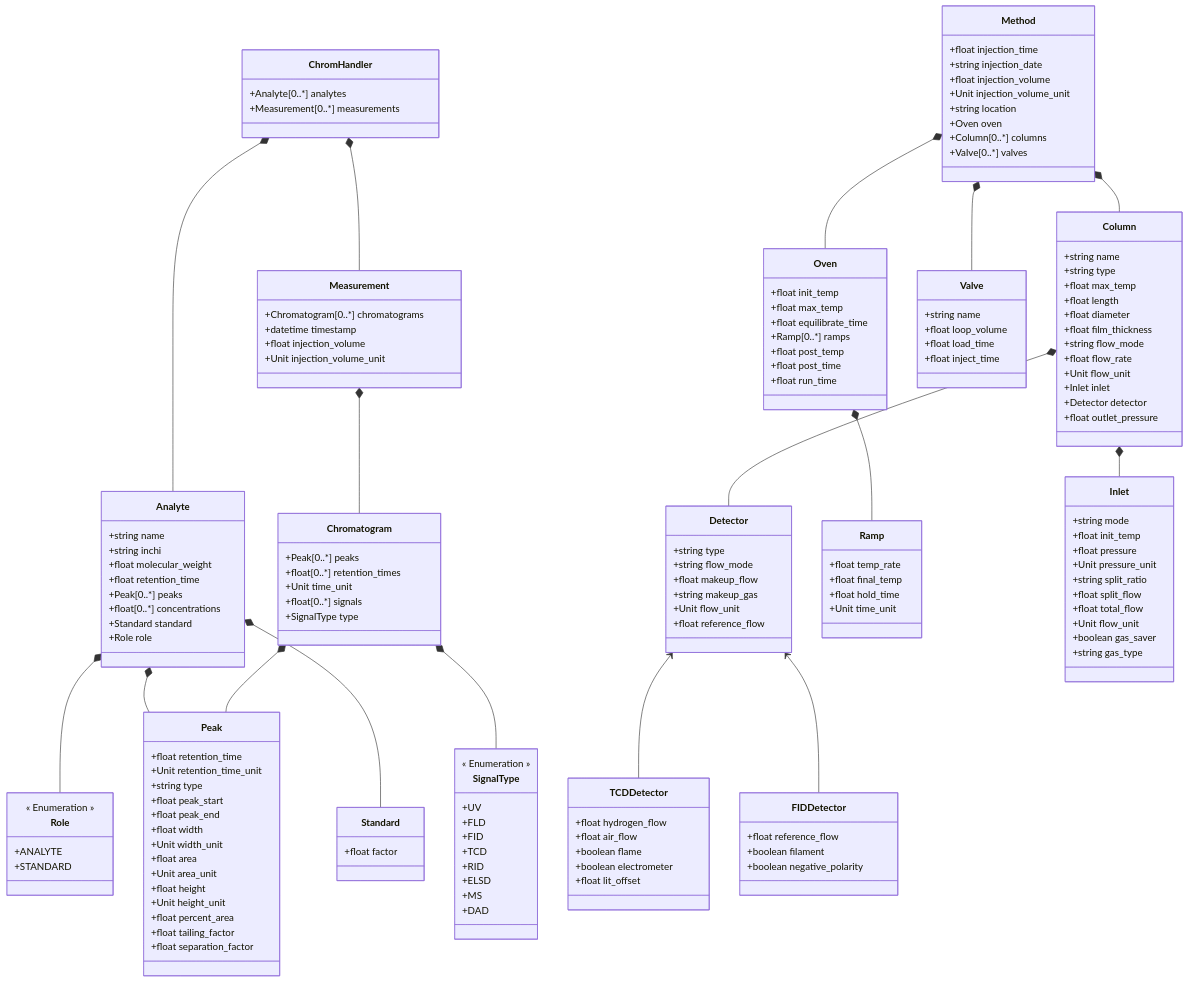
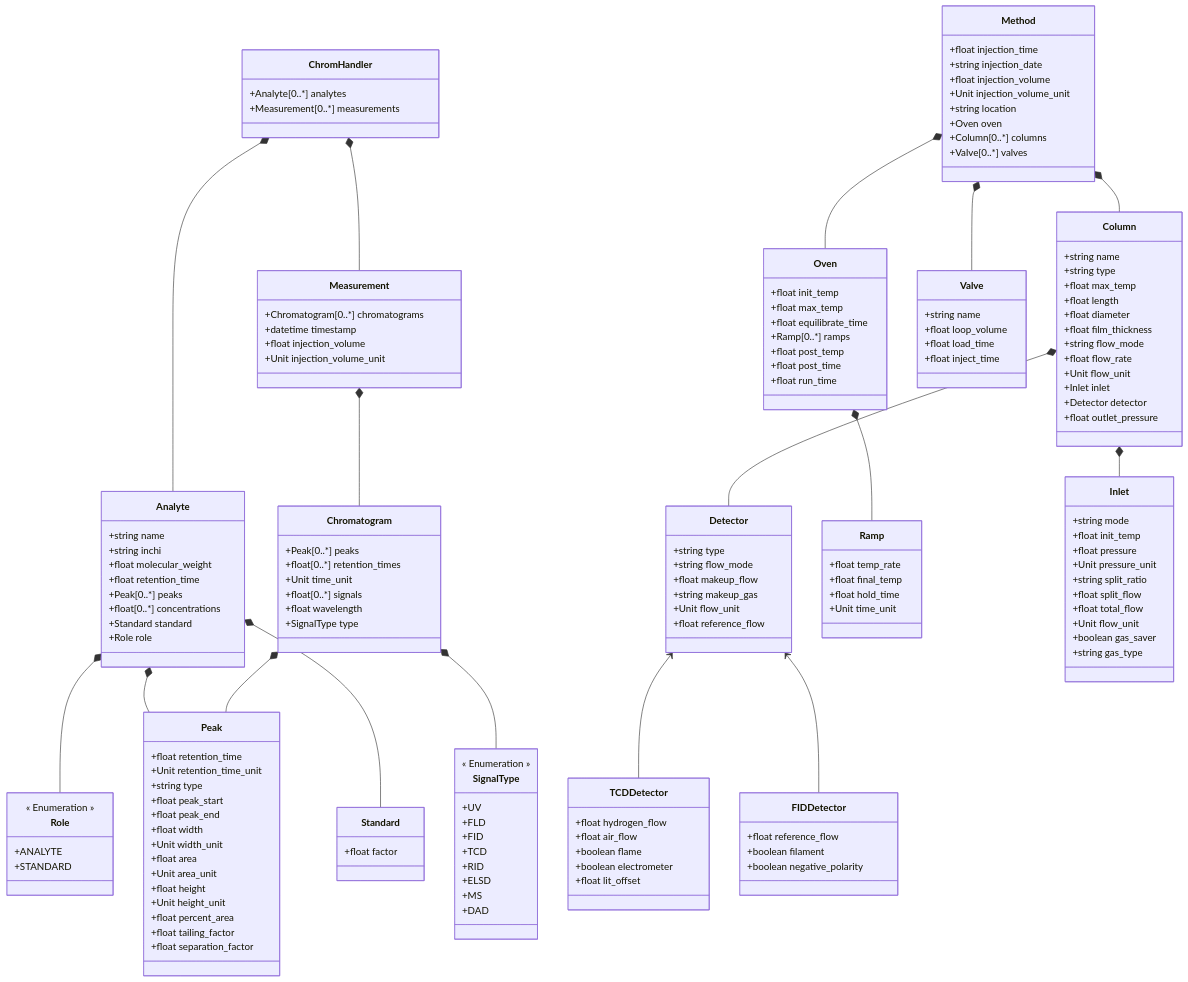
Before and after one commit to FAIRChemistry/chromatopy: the diagram in chromatopy/schemes/chromatopy_schema.md, drawn with Mermaid. The commit also changed 16 other files, not shown here.

```diff
--- a/chromatopy/schemes/chromatopy_schema.md
+++ b/chromatopy/schemes/chromatopy_schema.md
@@ -45,6 +45,7 @@
         +float[0..*] retention_times
         +Unit time_unit
         +float[0..*] signals
+        +float wavelength
         +SignalType type
     }
     
```
